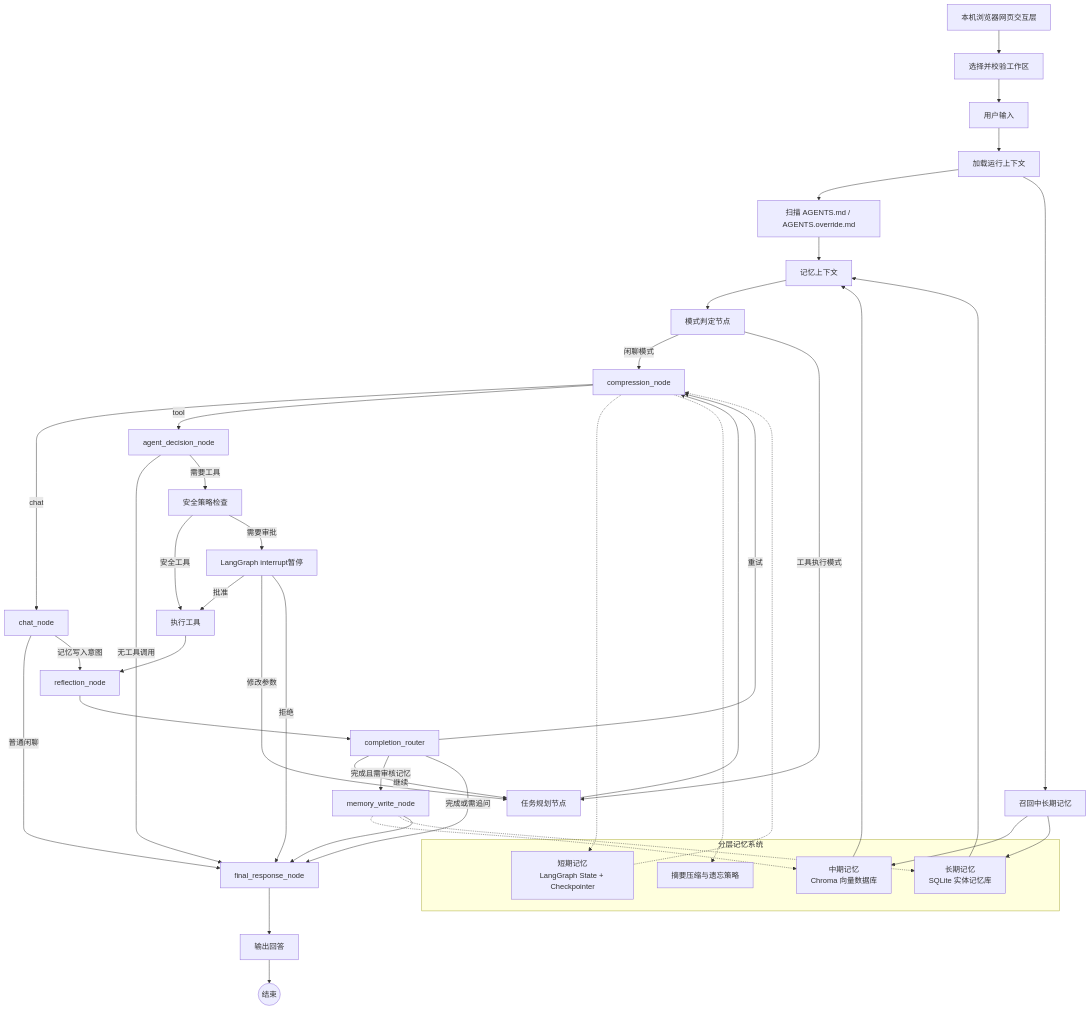
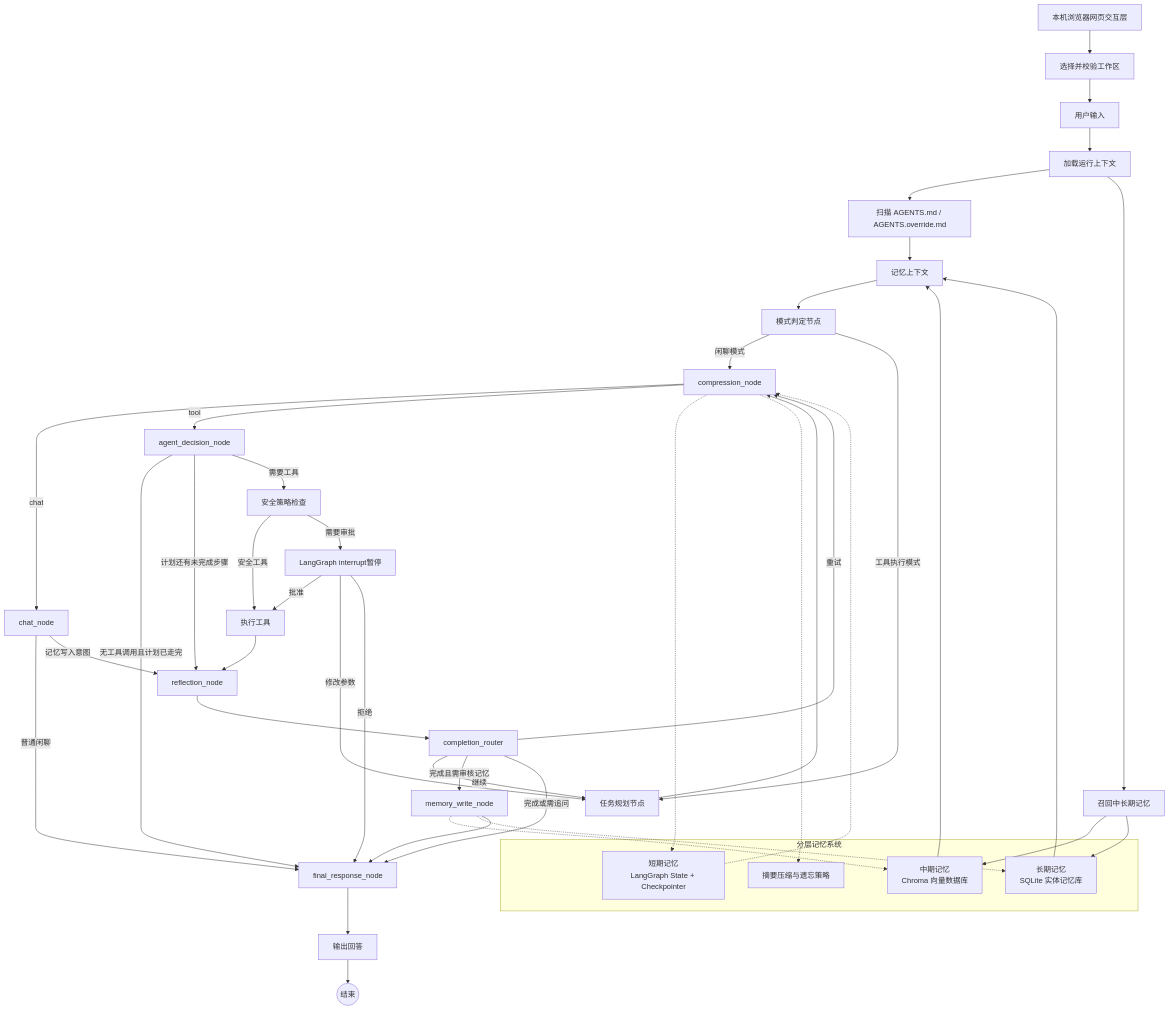
The diagram in ARCHITECTURE.md (LaoTouAiLe/chaiai), drawn with Mermaid before and after one commit. The commit also changed other lines of this file and 10 other files, not shown here.

````diff
--- a/ARCHITECTURE.md
+++ b/ARCHITECTURE.md
@@ -31,59 +31,60 @@
 ```mermaid
 flowchart TD
     WEB[本机浏览器网页交互层] --> WORKSPACE[选择并校验工作区]
     WORKSPACE --> INPUT[用户输入]
     INPUT --> CONTEXT[加载运行上下文]
 
     CONTEXT --> AGENTS[扫描 AGENTS.md / AGENTS.override.md]
     CONTEXT --> RECALL[召回中长期记忆]
 
     subgraph Memory[分层记忆系统]
         ST[短期记忆\nLangGraph State + Checkpointer]
         MT[中期记忆\nChroma 向量数据库]
         LT[长期记忆\nSQLite 实体记忆库]
         SUM[摘要压缩与遗忘策略]
     end
 
     RECALL --> MT
     RECALL --> LT
     MT --> PROMPTCTX[记忆上下文]
     LT --> PROMPTCTX
     AGENTS --> PROMPTCTX
 
     PROMPTCTX --> ROUTER[模式判定节点]
 
     ROUTER -->|闲聊模式| COMPRESS[compression_node]
     ROUTER -->|工具执行模式| PLAN[任务规划节点]
     PLAN --> COMPRESS
     COMPRESS -->|chat| CHAT[chat_node]
     COMPRESS -->|tool| DECIDE[agent_decision_node]
     CHAT -->|普通闲聊| ANSWER[final_response_node]
     CHAT -->|记忆写入意图| REFLECT[reflection_node]
 
-    DECIDE -->|无工具调用| ANSWER
+    DECIDE -->|无工具调用且计划已走完| ANSWER
+    DECIDE -->|计划还有未完成步骤| REFLECT
     DECIDE -->|需要工具| SAFETY[安全策略检查]
 
     SAFETY -->|安全工具| TOOL[执行工具]
     SAFETY -->|需要审批| INTERRUPT[LangGraph interrupt暂停]
     INTERRUPT -->|批准| TOOL
     INTERRUPT -->|修改参数| PLAN
     INTERRUPT -->|拒绝| ANSWER
 
     TOOL --> REFLECT
     REFLECT --> COMPLETE[completion_router]
     COMPLETE -->|继续| PLAN
     COMPLETE -->|重试| COMPRESS
     COMPLETE -->|完成且需审核记忆| MEMORY_WRITE[memory_write_node]
     COMPLETE -->|完成或需追问| ANSWER
 
     MEMORY_WRITE -.-> MT
     MEMORY_WRITE -.-> LT
     MEMORY_WRITE --> ANSWER
 
     ST -.-> COMPRESS
     COMPRESS -.-> ST
     COMPRESS -.-> SUM
 
     ANSWER --> RESPONSE[输出回答]
     RESPONSE --> END((结束))
 ```
````
